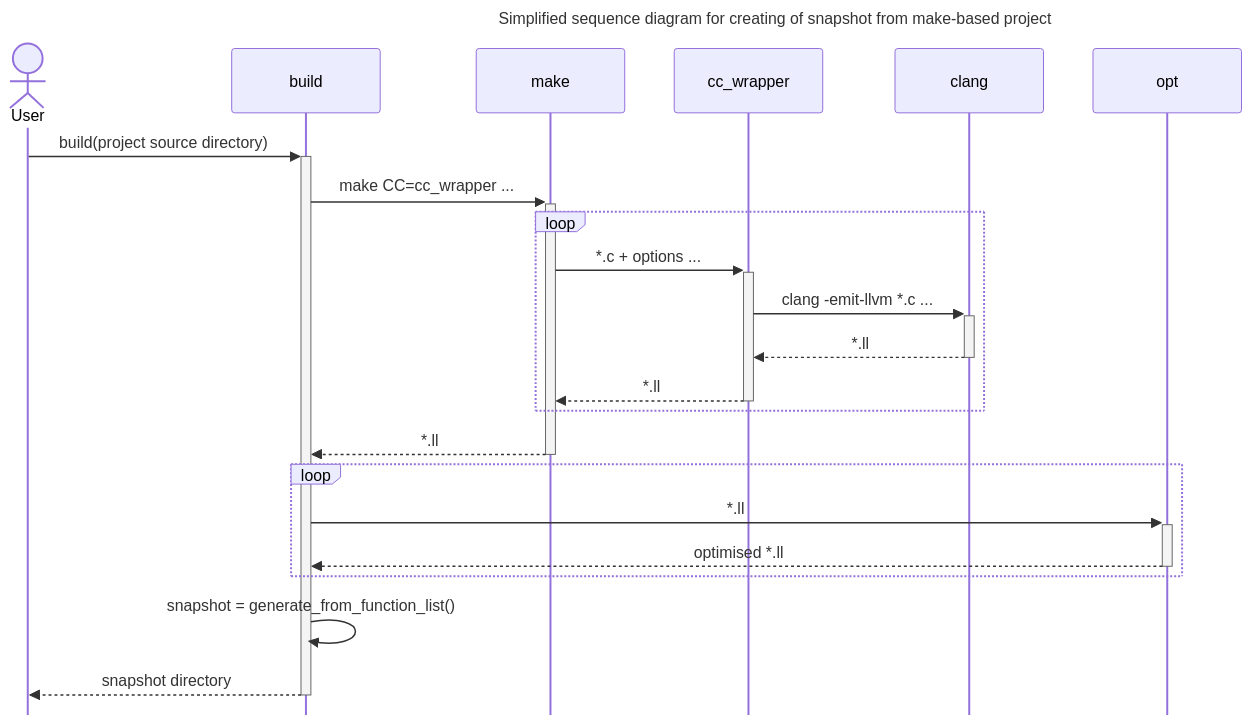
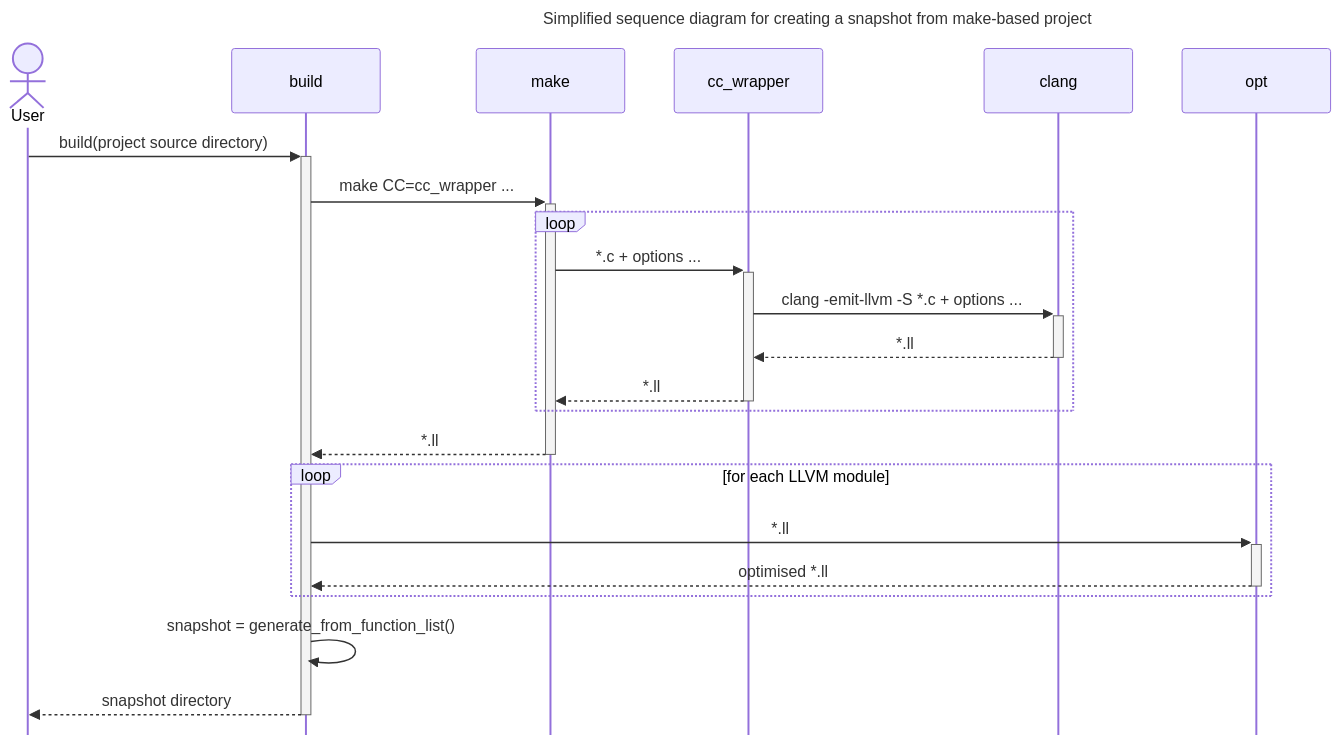
One commit to PLukas2018/diffkemp changed the third of 9 diagrams in docs/architecture.md. Above: the diagram before and after it, drawn with Mermaid. The commit also changed other lines of this file, not shown here.

````diff
--- a/docs/architecture.md
+++ b/docs/architecture.md
@@ -139,28 +136,28 @@
 ```mermaid
 ---
-# This code renders an image, which does not show on the GitHub app, use a browser
+# This code renders an image, that does not show on the GitHub app, use a browser
 # to see the image.
-title: Simplified sequence diagram for creating of snapshot from make-based project
+title: Simplified sequence diagram for creating a snapshot from make-based project
 config:
   sequence:
     mirrorActors: false
 ---
 sequenceDiagram
   actor User
   User->>+build: build(project source directory) 
   build->>+make: make CC=cc_wrapper ...
   loop
     make->>+cc_wrapper: *.c + options ...
-    cc_wrapper->>+clang: clang -emit-llvm *.c ...
+    cc_wrapper->>+clang: clang -emit-llvm -S *.c + options ...
     clang-->>-cc_wrapper: *.ll
     cc_wrapper-->>-make: *.ll
   end
   make-->>-build: *.ll
   participant O as opt
-  loop
+  loop for each LLVM module
     build->>+O: *.ll
     O-->>-build: optimised *.ll
   end
   build->>build: snapshot = generate_from_function_list()
   build-->>-User: snapshot directory
 ```
````
